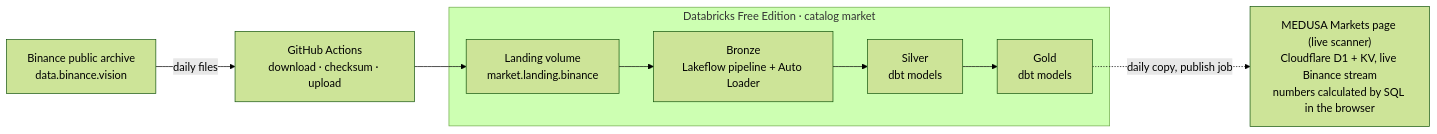
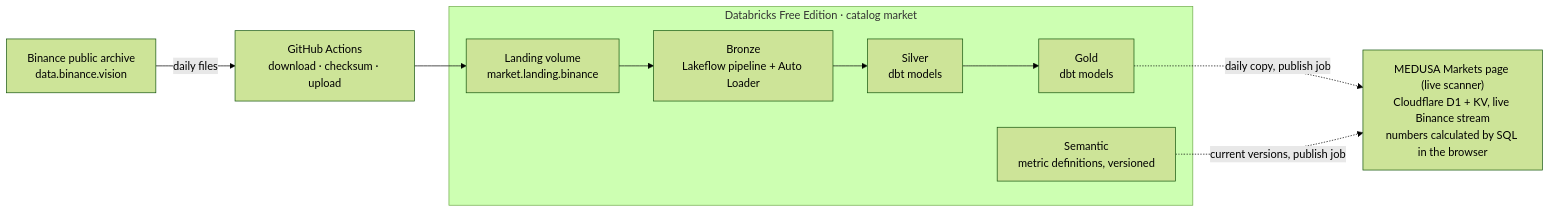
One commit to shivam65-sketch/medusa changed the diagram in lakehouse/README.md. Above: the diagram before and after it, drawn with Mermaid (forest theme). The commit also changed other lines of this file and 10 other files, not shown here.

Commit message:
Docs: step 27, metric definitions kept in Databricks (ADR-029)

````diff
--- a/lakehouse/README.md
+++ b/lakehouse/README.md
@@ -14,11 +15,13 @@
 ```mermaid
 flowchart LR
   A["Binance public archive<br>data.binance.vision"] -->|daily files| B["GitHub Actions<br>download · checksum · upload"]
   B --> C["Landing volume<br>market.landing.binance"]
   subgraph D["Databricks Free Edition · catalog market"]
     C --> E["Bronze<br>Lakeflow pipeline + Auto Loader"]
     E --> F["Silver<br>dbt models"]
     F --> G["Gold<br>dbt models"]
+    S["Semantic<br>metric definitions, versioned"]
   end
-  G -.->|daily copy, publish job| I["MEDUSA Markets page (live scanner)<br>Cloudflare D1 + KV, live Binance stream<br>numbers calculated by SQL in the browser"]
+  G -.->|daily copy, publish job| I
+  S -.->|current versions, publish job| I["MEDUSA Markets page (live scanner)<br>Cloudflare D1 + KV, live Binance stream<br>numbers calculated by SQL in the browser"]
 ```
````
